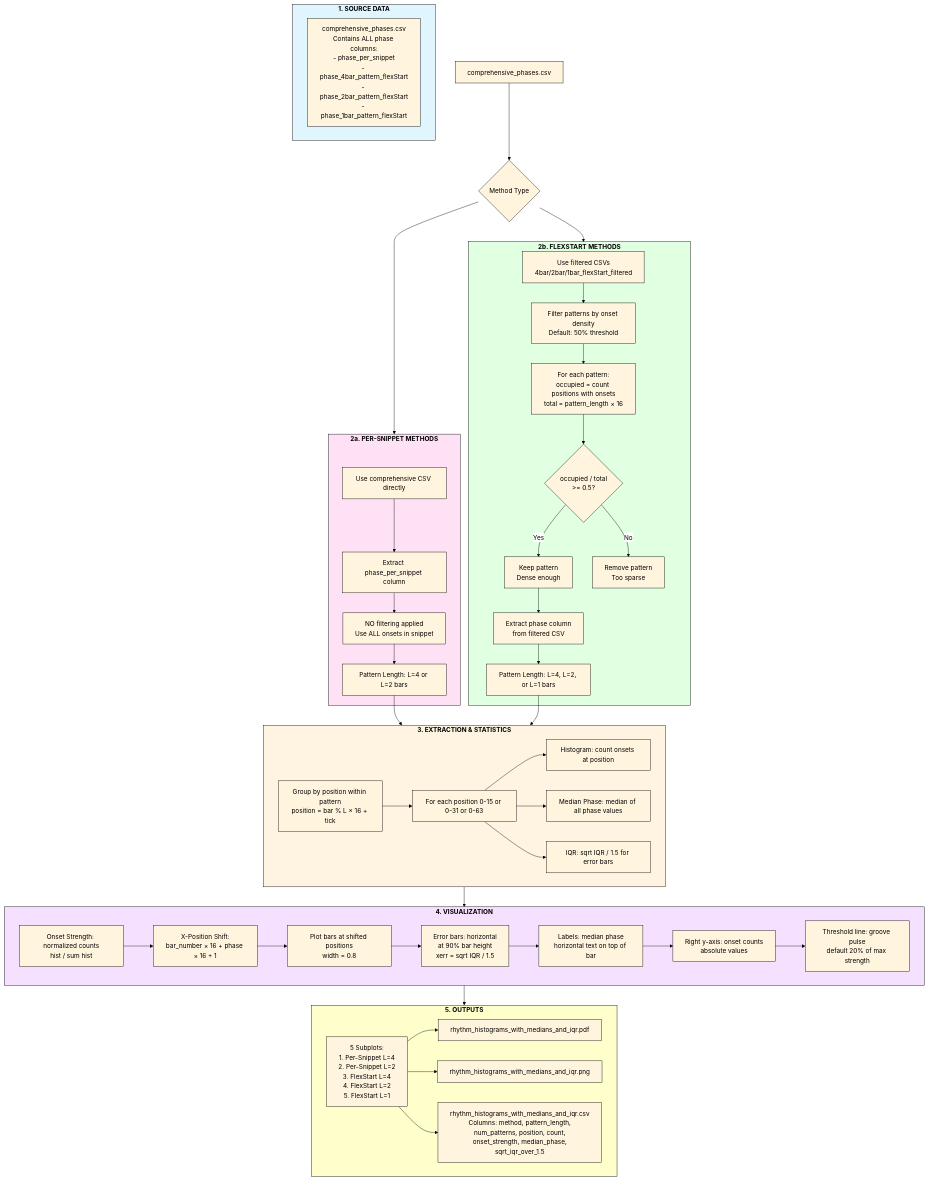
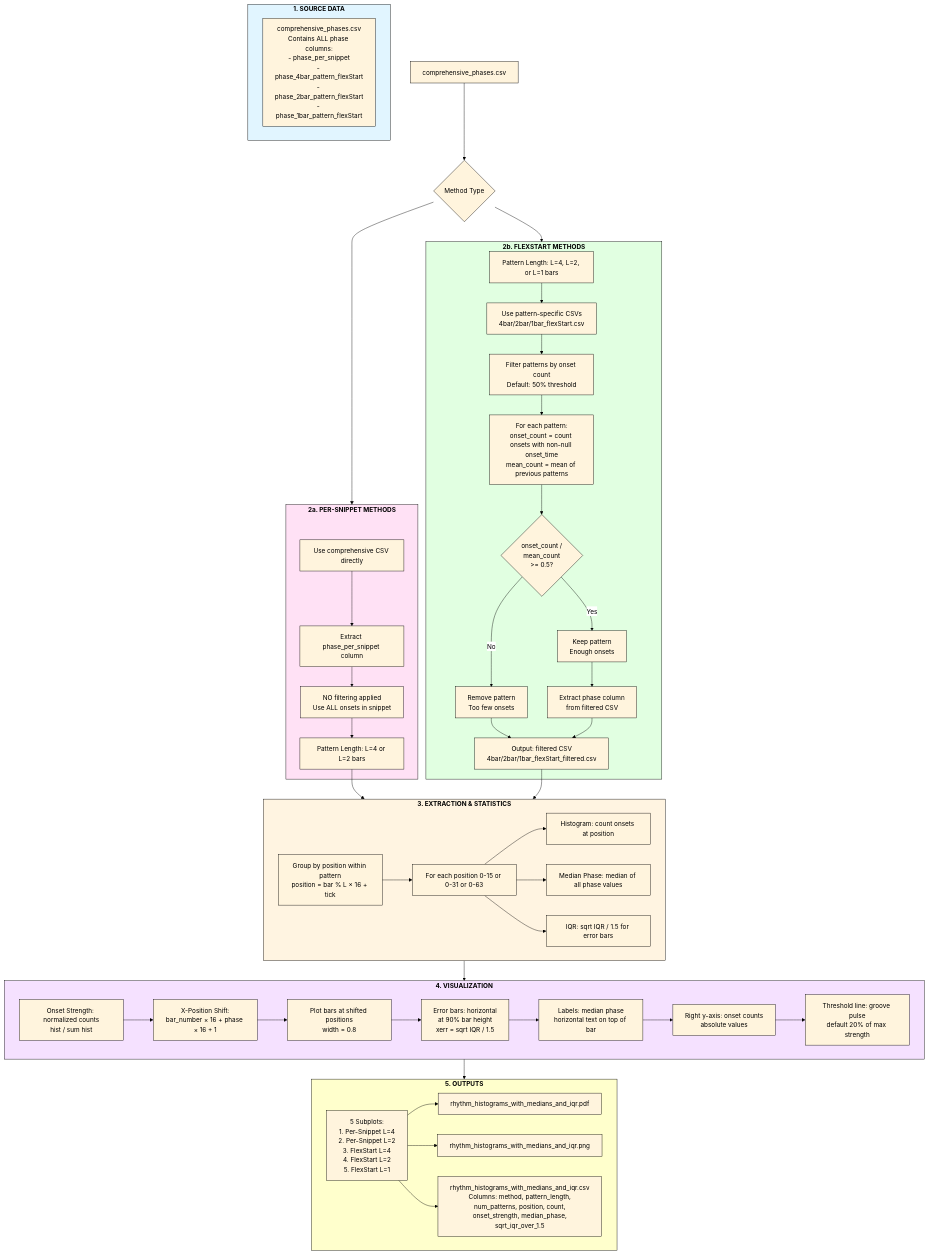
Diagram 11 of 13 in PIPELINE_DIAGRAM.md (SanjaKrause/rhythm_analyser_prototype), drawn with Mermaid before and after one commit. The commit also changed other lines of this file, not shown here.

First line of the commit message:
Fix FlexStart filtering order in Mermaid diagram

````diff
--- a/PIPELINE_DIAGRAM.md
+++ b/PIPELINE_DIAGRAM.md
@@ -824,64 +824,66 @@
 ```mermaid
 %%{init: {'theme':'base', 'themeVariables': { 'primaryTextColor':'#000','primaryBorderColor':'#000','lineColor':'#000','clusterBorder':'#000','edgeLabelBackground':'#fff'}}}%%
 flowchart TD
     Start[comprehensive_phases.csv] --> Split{Method Type}
 
     subgraph SourceData["<b>1. SOURCE DATA</b>"]
         SD1[comprehensive_phases.csv<br/>Contains ALL phase columns:<br/>- phase_per_snippet<br/>- phase_4bar_pattern_flexStart<br/>- phase_2bar_pattern_flexStart<br/>- phase_1bar_pattern_flexStart]
     end
 
     Split --> PerSnippet
     Split --> FlexStart
 
     subgraph PerSnippet["<b>2a. PER-SNIPPET METHODS</b>"]
         PS1[Use comprehensive CSV directly] --> PS2[Extract phase_per_snippet column]
         PS2 --> PS3[NO filtering applied<br/>Use ALL onsets in snippet]
         PS3 --> PS4[Pattern Length: L=4 or L=2 bars]
     end
 
     subgraph FlexStart["<b>2b. FLEXSTART METHODS</b>"]
-        FS1[Use filtered CSVs<br/>4bar/2bar/1bar_flexStart_filtered] --> FS2[Filter patterns by onset density<br/>Default: 50% threshold]
-        FS2 --> FS2A[For each pattern:<br/>occupied = count positions with onsets<br/>total = pattern_length × 16]
-        FS2A --> FS2B{occupied / total<br/>>= 0.5?}
-        FS2B -->|Yes| FS2C[Keep pattern<br/>Dense enough]
-        FS2B -->|No| FS2D[Remove pattern<br/>Too sparse]
+        FS1[Pattern Length: L=4, L=2, or L=1 bars] --> FS1A[Use pattern-specific CSVs<br/>4bar/2bar/1bar_flexStart.csv]
+        FS1A --> FS2[Filter patterns by onset count<br/>Default: 50% threshold]
+        FS2 --> FS2A[For each pattern:<br/>onset_count = count onsets with non-null onset_time<br/>mean_count = mean of previous patterns]
+        FS2A --> FS2B{onset_count /<br/>mean_count<br/>>= 0.5?}
+        FS2B -->|Yes| FS2C[Keep pattern<br/>Enough onsets]
+        FS2B -->|No| FS2D[Remove pattern<br/>Too few onsets]
         FS2C --> FS3[Extract phase column<br/>from filtered CSV]
-        FS3 --> FS4[Pattern Length: L=4, L=2, or L=1 bars]
+        FS2D --> FS4[Output: filtered CSV<br/>4bar/2bar/1bar_flexStart_filtered.csv]
+        FS3 --> FS4
     end
 
     PS4 --> Extract
     FS4 --> Extract
 
     subgraph Extract["<b>3. EXTRACTION & STATISTICS</b>"]
         E1[Group by position within pattern<br/>position = bar % L × 16 + tick] --> E2[For each position 0-15 or 0-31 or 0-63]
         E2 --> E3[Histogram: count onsets at position]
         E2 --> E4[Median Phase: median of all phase values]
         E2 --> E5[IQR: sqrt IQR / 1.5 for error bars]
     end
 
     Extract --> Vis
 
     subgraph Vis["<b>4. VISUALIZATION</b>"]
         V1[Onset Strength: normalized counts<br/>hist / sum hist] --> V2[X-Position Shift:<br/>bar_number × 16 + phase × 16 + 1]
         V2 --> V3[Plot bars at shifted positions<br/>width = 0.8]
         V3 --> V4[Error bars: horizontal<br/>at 90% bar height<br/>xerr = sqrt IQR / 1.5]
         V4 --> V5[Labels: median phase<br/>horizontal text on top of bar]
         V5 --> V6[Right y-axis: onset counts<br/>absolute values]
         V6 --> V7[Threshold line: groove pulse<br/>default 20% of max strength]
     end
 
     Vis --> Output
 
     subgraph Output["<b>5. OUTPUTS</b>"]
         O1[5 Subplots:<br/>1. Per-Snippet L=4<br/>2. Per-Snippet L=2<br/>3. FlexStart L=4<br/>4. FlexStart L=2<br/>5. FlexStart L=1] --> O2[rhythm_histograms_with_medians_and_iqr.pdf]
         O1 --> O3[rhythm_histograms_with_medians_and_iqr.png]
         O1 --> O4[rhythm_histograms_with_medians_and_iqr.csv<br/>Columns: method, pattern_length,<br/>num_patterns, position, count,<br/>onset_strength, median_phase,<br/>sqrt_iqr_over_1.5]
     end
 
     style SourceData fill:#e1f5ff,stroke:#000,color:#000
     style PerSnippet fill:#ffe1f5,stroke:#000,color:#000
     style FlexStart fill:#e1ffe1,stroke:#000,color:#000
     style Extract fill:#fff4e1,stroke:#000,color:#000
     style Vis fill:#f5e1ff,stroke:#000,color:#000
     style Output fill:#ffffcc,stroke:#000,color:#000
 ```
````
